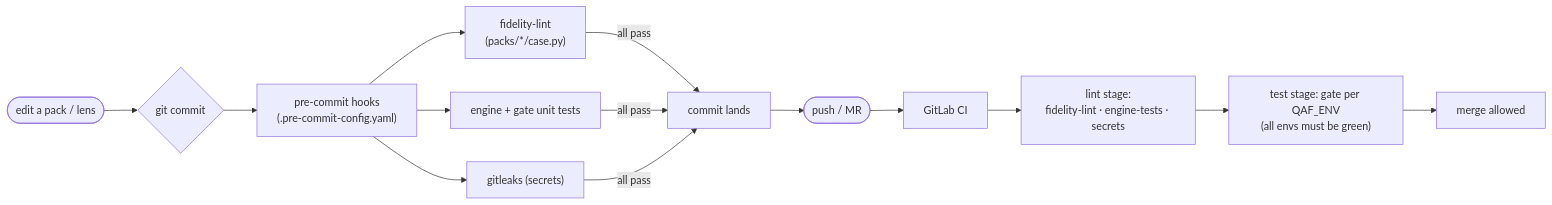
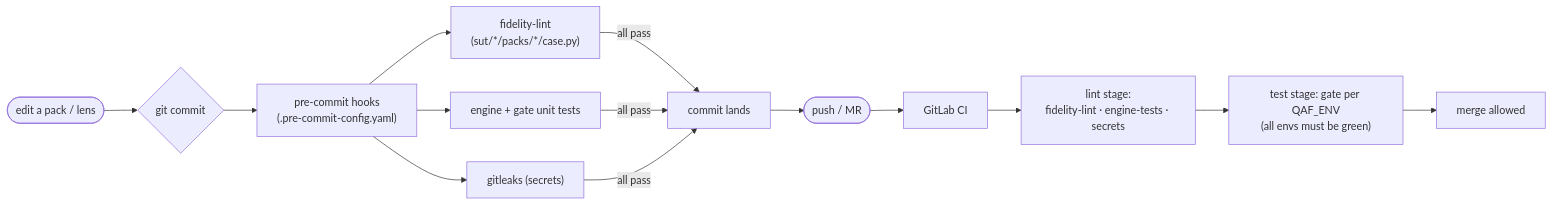
The second of 2 diagrams in docs/quality-gates.md (Calevi-Consulting/qensei), drawn with Mermaid before and after one commit. The commit also changed other lines of this file and 109 other files, not shown here.

````diff
--- a/docs/quality-gates.md
+++ b/docs/quality-gates.md
@@ -87,14 +99,14 @@
 ```mermaid
 flowchart LR
   edit([edit a pack / lens]) --> commit{git commit}
   commit --> pc["pre-commit hooks<br/>(.pre-commit-config.yaml)"]
-  pc --> f1["fidelity-lint<br/>(packs/*/case.py)"]
+  pc --> f1["fidelity-lint<br/>(sut/*/packs/*/case.py)"]
   pc --> t1["engine + gate unit tests"]
   pc --> g1["gitleaks (secrets)"]
   f1 & t1 & g1 -->|all pass| land[commit lands]
   land --> push([push / MR])
   push --> ci["GitLab CI"]
   ci --> lint["lint stage:<br/>fidelity-lint · engine-tests · secrets"]
   lint --> gate["test stage: gate per QAF_ENV<br/>(all envs must be green)"]
   gate --> merge[merge allowed]
 ```
````
